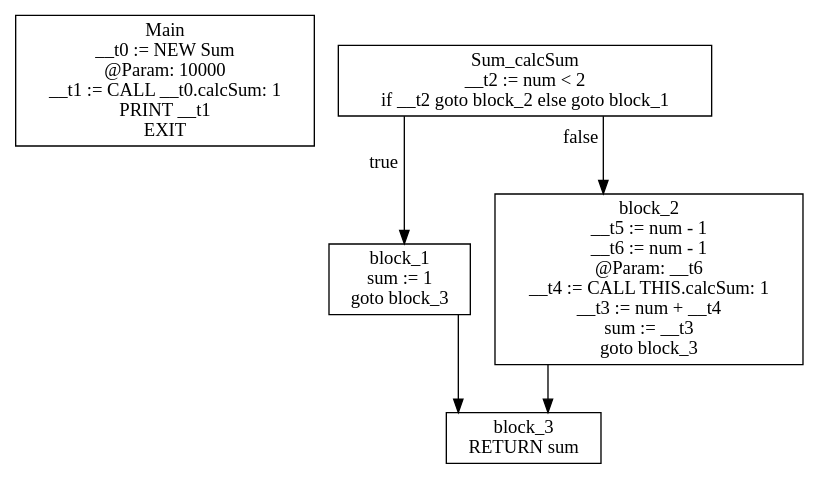
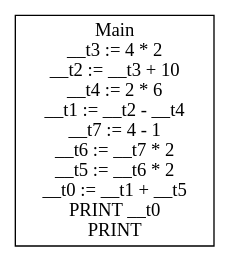
The diagram in gettingStarted/cfg.dot (KarmaSora/Compiler), drawn with Graphviz before and after one commit. The commit also changed 8 other files, not shown here.

```diff
--- a/gettingStarted/cfg.dot
+++ b/gettingStarted/cfg.dot
@@ -1,13 +1,5 @@
 digraph CFG {
 graph [splines=ortho];
 node [shape=box];
-Main [label="Main\n__t0 := NEW Sum\n @Param: 10000\n__t1 := CALL __t0.calcSum: 1\nPRINT __t1\nEXIT\n"];
-Sum_calcSum -> block_1 [xlabel="true"];
-Sum_calcSum -> block_2 [xlabel="false"];
-Sum_calcSum [label="Sum_calcSum\n__t2 := num < 2\nif __t2 goto block_2 else goto block_1\n"];
-block_1 -> block_3;
-block_1 [label="block_1\nsum := 1\ngoto block_3\n"];
-block_2 -> block_3;
-block_2 [label="block_2\n__t5 := num - 1\n__t6 := num - 1\n @Param: __t6\n__t4 := CALL THIS.calcSum: 1\n__t3 := num + __t4\nsum := __t3\ngoto block_3\n"];
-block_3 [label="block_3\nRETURN sum\n"];
+Main [label="Main\n__t3 := 4 * 2\n__t2 := __t3 + 10\n__t4 := 2 * 6\n__t1 := __t2 - __t4\n__t7 := 4 - 1\n__t6 := __t7 * 2\n__t5 := __t6 * 2\n__t0 := __t1 + __t5\nPRINT __t0\nPRINT \n"];
 }
```
